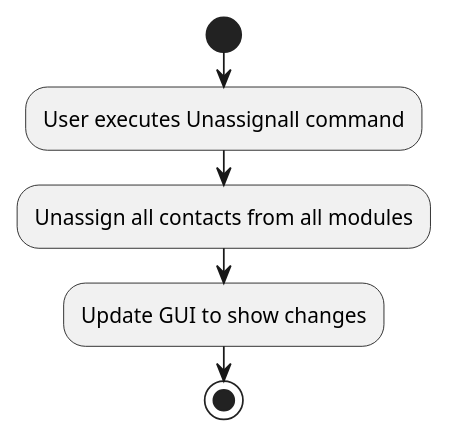
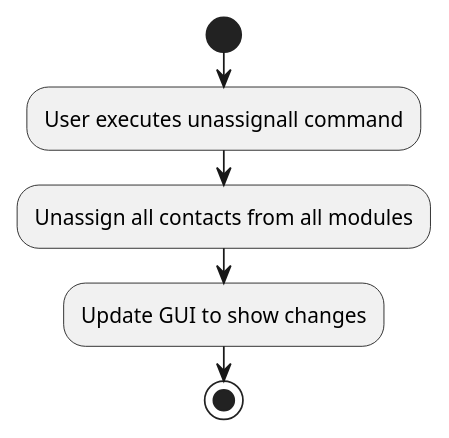
The diagram in docs/diagrams/UnassignallActivityDiagram.puml (nus-cs2103-AY2021S1/tp), drawn with PlantUML before and after one commit. The commit also changed 14 other files, not shown here.

Commit message:
Update activity diagrams

```diff
--- a/docs/diagrams/UnassignallActivityDiagram.puml
+++ b/docs/diagrams/UnassignallActivityDiagram.puml
@@ -1,9 +1,9 @@
 @startuml
 start
-:User executes Unassignall command;
+:User executes unassignall command;
 
 :Unassign all contacts from all modules;
 :Update GUI to show changes;
 
 stop
 @enduml
```
